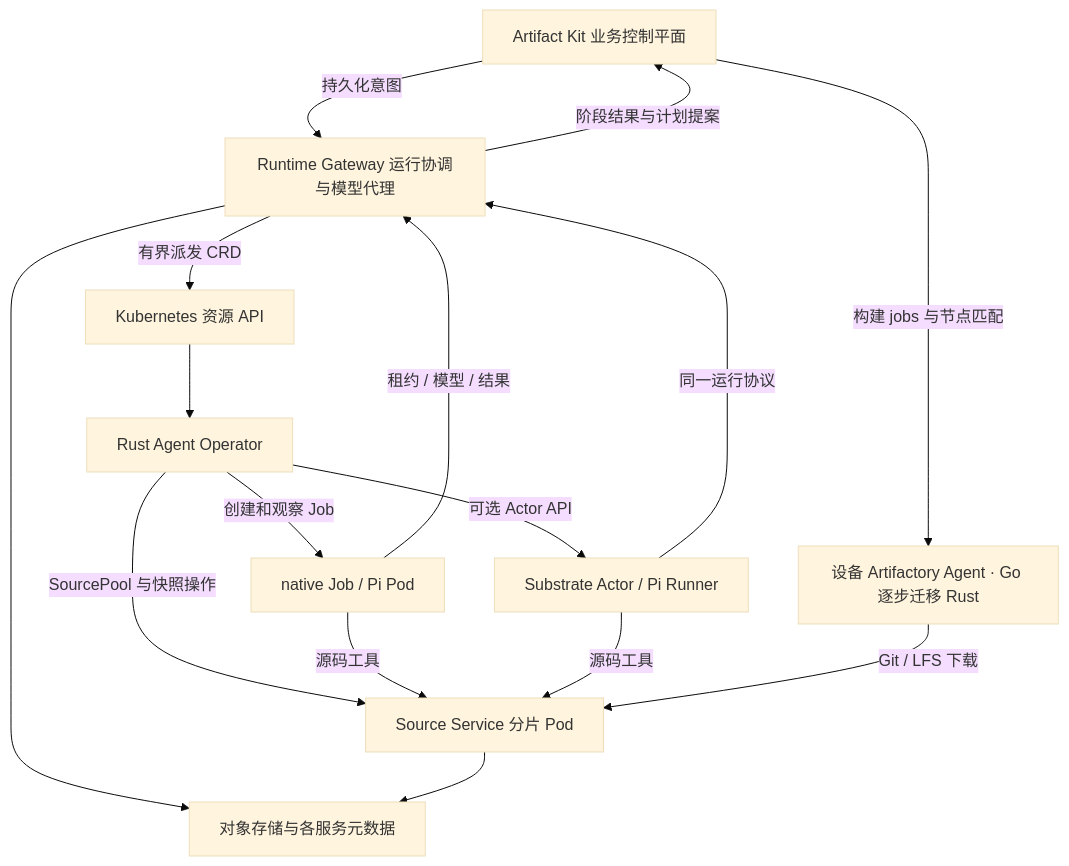
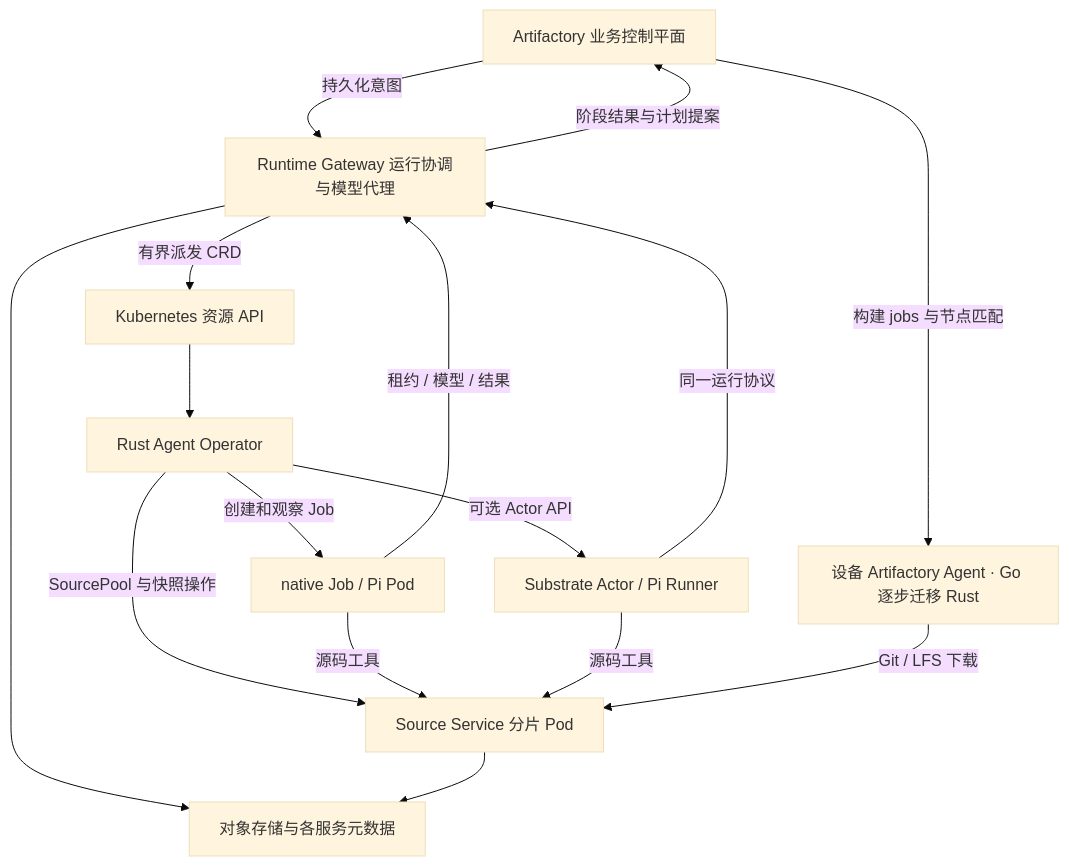
The diagram in docs/superpowers/specs/2026-11-12-kubernetes-agent-operator-design.md (zhubby/artifact-kit), drawn with Mermaid (base theme) before and after one commit. The commit also changed other lines of this file and 20 other files, not shown here.

````diff
--- a/docs/superpowers/specs/2026-11-12-kubernetes-agent-operator-design.md
+++ b/docs/superpowers/specs/2026-11-12-kubernetes-agent-operator-design.md
@@ -55,28 +55,28 @@
 ```mermaid
 flowchart TB
-    C[Artifact Kit 业务控制平面]
+    C[Artifactory 业务控制平面]
     R[Runtime Gateway 运行协调与模型代理]
     K[Kubernetes 资源 API]
     O[Rust Agent Operator]
     N[native Job / Pi Pod]
     A[Substrate Actor / Pi Runner]
     S[Source Service 分片 Pod]
     D[对象存储与各服务元数据]
     G[设备 Artifactory Agent · Go 逐步迁移 Rust]
 
     C -->|持久化意图| R
     R -->|有界派发 CRD| K
     K --> O
     O -->|创建和观察 Job| N
     O -->|可选 Actor API| A
     O -->|SourcePool 与快照操作| S
     N -->|租约 / 模型 / 结果| R
     A -->|同一运行协议| R
     N -->|源码工具| S
     A -->|源码工具| S
     G -->|Git / LFS 下载| S
     R -->|阶段结果与计划提案| C
     R --> D
     S --> D
     C -->|构建 jobs 与节点匹配| G
 ```
````
